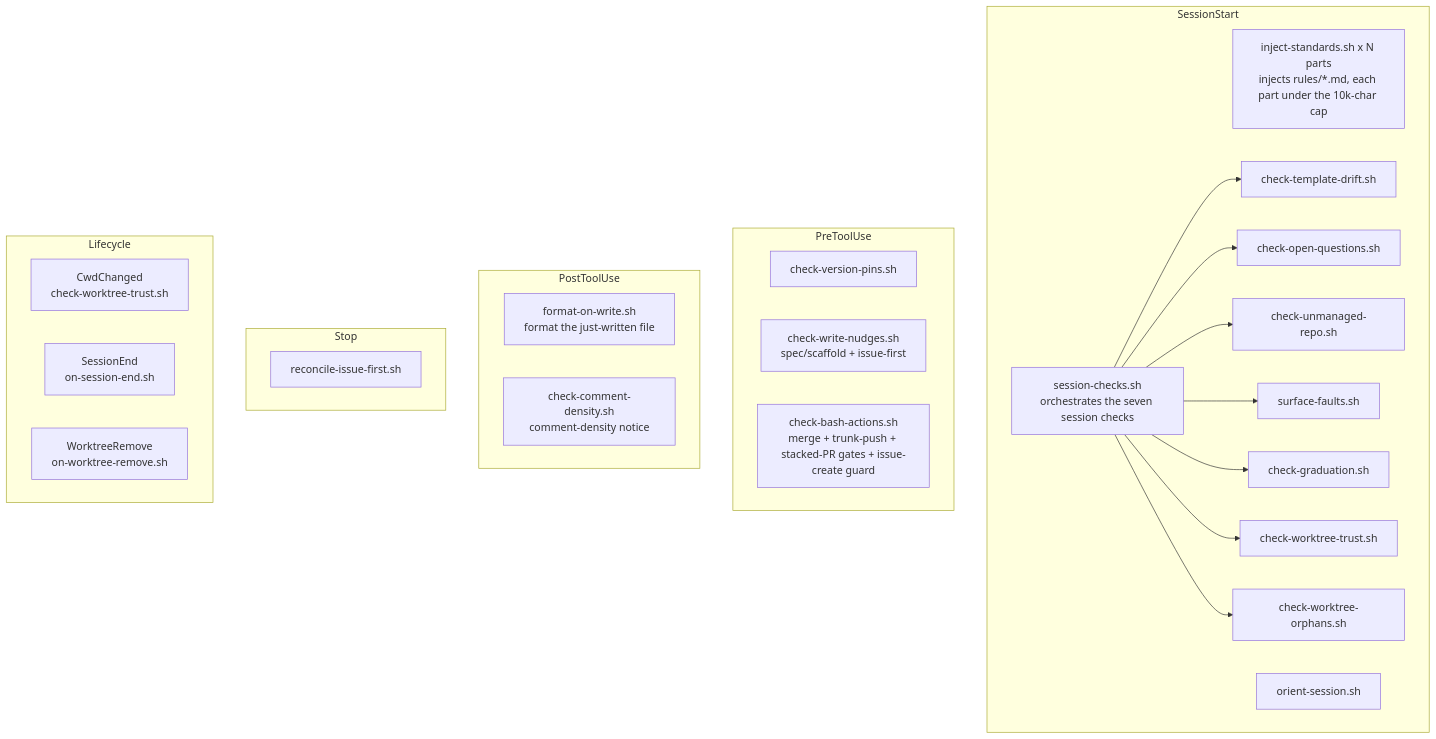
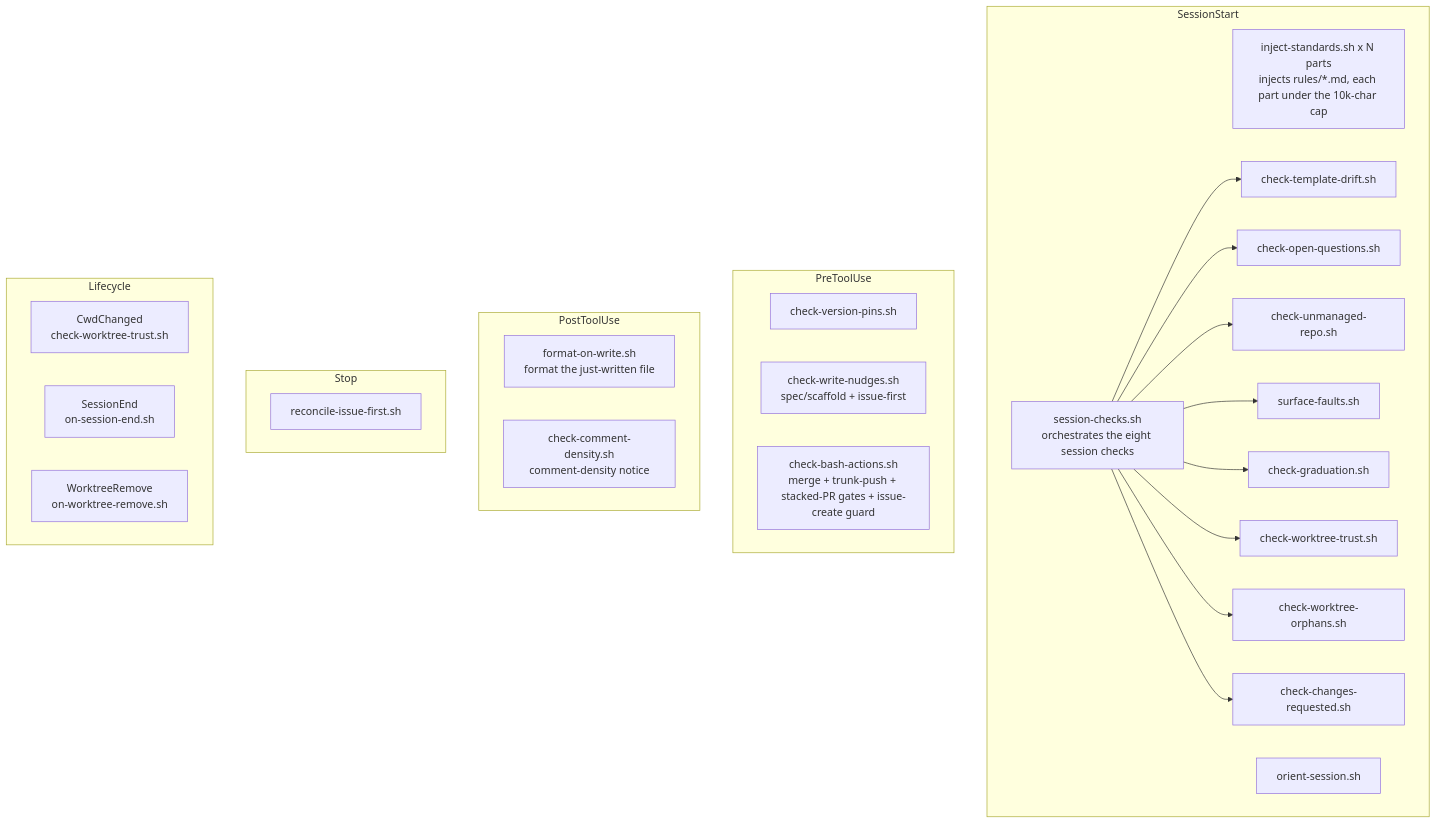
Before and after one commit to element22llc/e22-plugins: the diagram in docs/reference/hooks.md, drawn with Mermaid. The commit also changed other lines of this file and 9 other files, not shown here.

First line of the commit message:
feat(hooks): surface the author's change-requested PRs at session start

````diff
--- a/docs/reference/hooks.md
+++ b/docs/reference/hooks.md
@@ -55,32 +55,33 @@
 ```mermaid
 flowchart TD
     subgraph SessionStart
       inject[inject-standards.sh x N parts<br/>injects rules/*.md, each part under the 10k-char cap]
-      checks[session-checks.sh<br/>orchestrates the seven session checks]
+      checks[session-checks.sh<br/>orchestrates the eight session checks]
       orient[orient-session.sh]
       checks --> drift[check-template-drift.sh]
       checks --> oq[check-open-questions.sh]
       checks --> unmanaged[check-unmanaged-repo.sh]
       checks --> faults[surface-faults.sh]
       checks --> grad[check-graduation.sh]
       checks --> wt[check-worktree-trust.sh]
       checks --> orphans[check-worktree-orphans.sh]
+      checks --> cr[check-changes-requested.sh]
     end
     subgraph PreToolUse
       pins[check-version-pins.sh]
       wn[check-write-nudges.sh<br/>spec/scaffold + issue-first]
       ba[check-bash-actions.sh<br/>merge + trunk-push + stacked-PR gates + issue-create guard]
     end
     subgraph PostToolUse
       fmt[format-on-write.sh<br/>format the just-written file]
       cd[check-comment-density.sh<br/>comment-density notice]
     end
     subgraph Stop
       reconcile[reconcile-issue-first.sh]
     end
     subgraph Lifecycle
       cwd[CwdChanged<br/>check-worktree-trust.sh]
       send[SessionEnd<br/>on-session-end.sh]
       wtr[WorktreeRemove<br/>on-worktree-remove.sh]
     end
 ```
````
